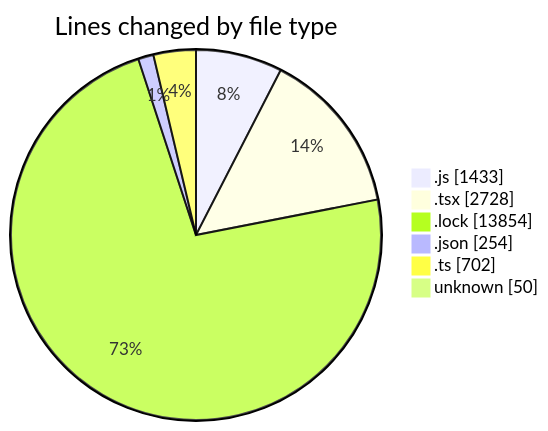
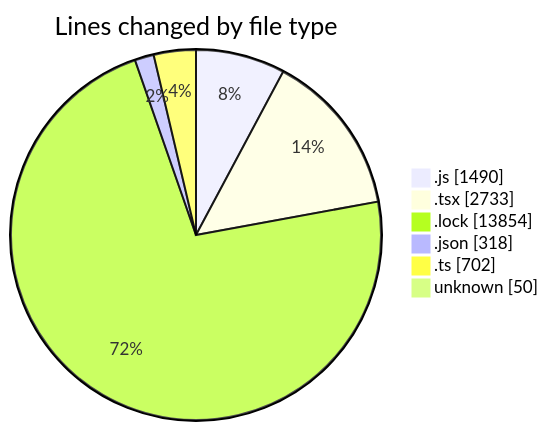
One commit to momahboobian/code-tracking changed the first of 2 diagrams in 2026-06-16/cda/README.md. Above: the diagram before and after it, drawn with Mermaid. The commit also changed other lines of this file and 1 other file, not shown here.

````diff
--- a/2026-06-16/cda/README.md
+++ b/2026-06-16/cda/README.md
@@ -43,10 +44,10 @@
 ```mermaid
 pie showData
 title Lines changed by file type
-".js" : 1433
-".tsx" : 2728
+".js" : 1490
+".tsx" : 2733
 ".lock" : 13854
-".json" : 254
+".json" : 318
 ".ts" : 702
 "unknown" : 50
 ```
````
